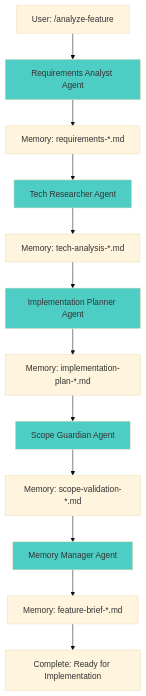
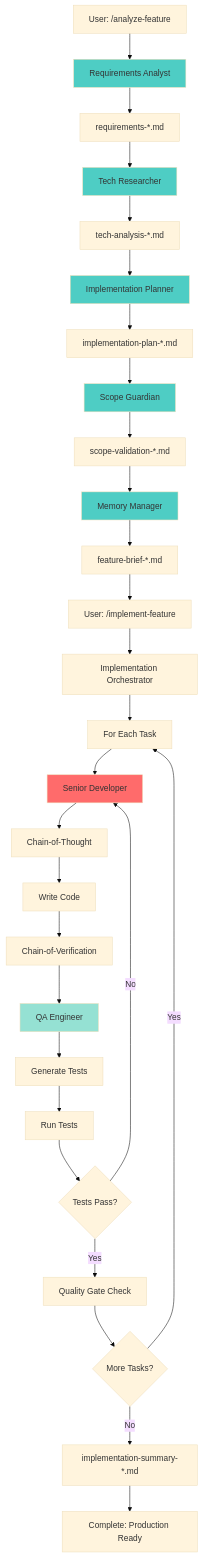
Before and after one commit to dimitritholen/the-gang: the diagram in .claude/README.md, drawn with Mermaid (base theme). The commit also changed other lines of this file and 12 other files, not shown here.

Commit message:
Update README and agent documentation to reflect the complete SDLC workflow with advanced prompt engineering techniques. Enhanced clarity on feature analysis, implementation phases, and added new agents for code implementation and QA. Version updated to 2.0.0.

````diff
--- a/.claude/README.md
+++ b/.claude/README.md
@@ -116,20 +133,41 @@
 ```mermaid
 graph TD
-    A[User: /analyze-feature] --> B[Requirements Analyst Agent]
-    B --> C[Memory: requirements-*.md]
-    C --> D[Tech Researcher Agent]
-    D --> E[Memory: tech-analysis-*.md]
-    E --> F[Implementation Planner Agent]
-    F --> G[Memory: implementation-plan-*.md]
-    G --> H[Scope Guardian Agent]
-    H --> I[Memory: scope-validation-*.md]
-    I --> J[Memory Manager Agent]
-    J --> K[Memory: feature-brief-*.md]
-    K --> L[Complete: Ready for Implementation]
+    %% Planning Phase
+    A[User: /analyze-feature] --> B[Requirements Analyst]
+    B --> C[requirements-*.md]
+    C --> D[Tech Researcher]
+    D --> E[tech-analysis-*.md]
+    E --> F[Implementation Planner]
+    F --> G[implementation-plan-*.md]
+    G --> H[Scope Guardian]
+    H --> I[scope-validation-*.md]
+    I --> J[Memory Manager]
+    J --> K[feature-brief-*.md]
+
+    %% Implementation Phase (NEW)
+    K --> L[User: /implement-feature]
+    L --> M[Implementation Orchestrator]
+    M --> N[For Each Task]
+    N --> O[Senior Developer]
+    O --> P[Chain-of-Thought]
+    P --> Q[Write Code]
+    Q --> R[Chain-of-Verification]
+    R --> S[QA Engineer]
+    S --> T[Generate Tests]
+    T --> U[Run Tests]
+    U --> V{Tests Pass?}
+    V -->|Yes| W[Quality Gate Check]
+    V -->|No| O
+    W --> X{More Tasks?}
+    X -->|Yes| N
+    X -->|No| Y[implementation-summary-*.md]
+    Y --> Z[Complete: Production Ready]
 
     style B fill:#4ecdc4
     style D fill:#4ecdc4
     style F fill:#4ecdc4
     style H fill:#4ecdc4
     style J fill:#4ecdc4
+    style O fill:#ff6b6b
+    style S fill:#95e1d3
 ```
````
